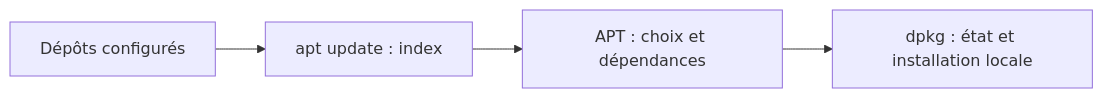
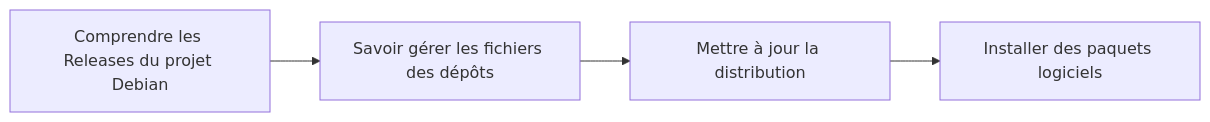
Before and after one commit to sk34pk25/tssr-cours: the second of 5 diagrams in docs/modules/05-administration-debian-gnu-linux/module-06-gestion-des-paquets-logiciels.md, drawn with Mermaid. The commit also changed other lines of this file and 11 other files, not shown here.

````diff
--- a/docs/modules/05-administration-debian-gnu-linux/module-06-gestion-des-paquets-logiciels.md
+++ b/docs/modules/05-administration-debian-gnu-linux/module-06-gestion-des-paquets-logiciels.md
@@ -128,4 +101,10 @@
 ```mermaid
 flowchart LR
- D["Dépôts configurés"] --> U["apt update : index"] --> A["APT : choix et dépendances"] --> P["dpkg : état et installation locale"]
+    N1["Comprendre les Releases du projet Debian"]
+    N2["Savoir gérer les fichiers des dépôts"]
+    N3["Mettre à jour la distribution"]
+    N4["Installer des paquets logiciels"]
+    N1 --> N2
+    N2 --> N3
+    N3 --> N4
 ```
````
